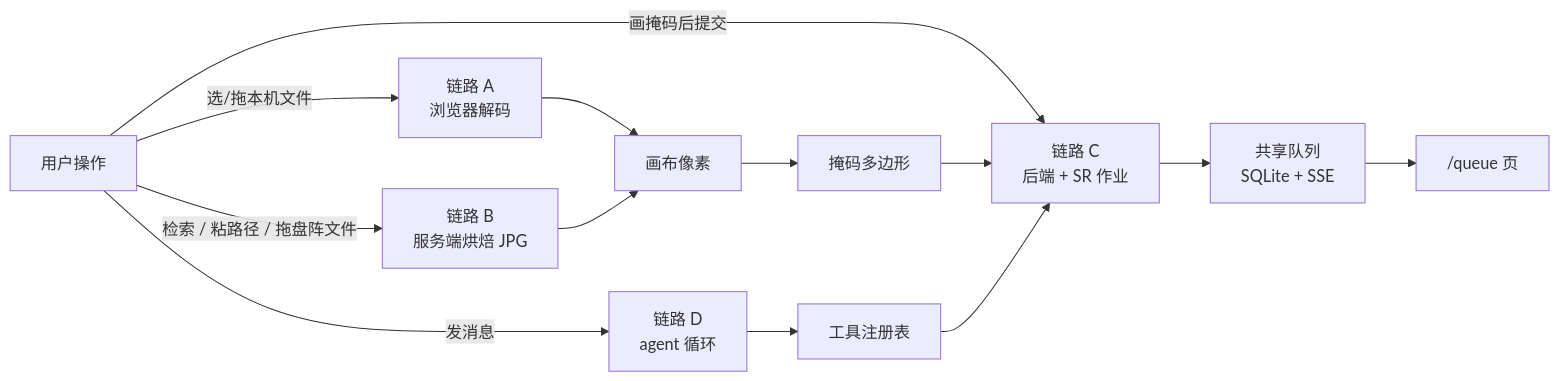
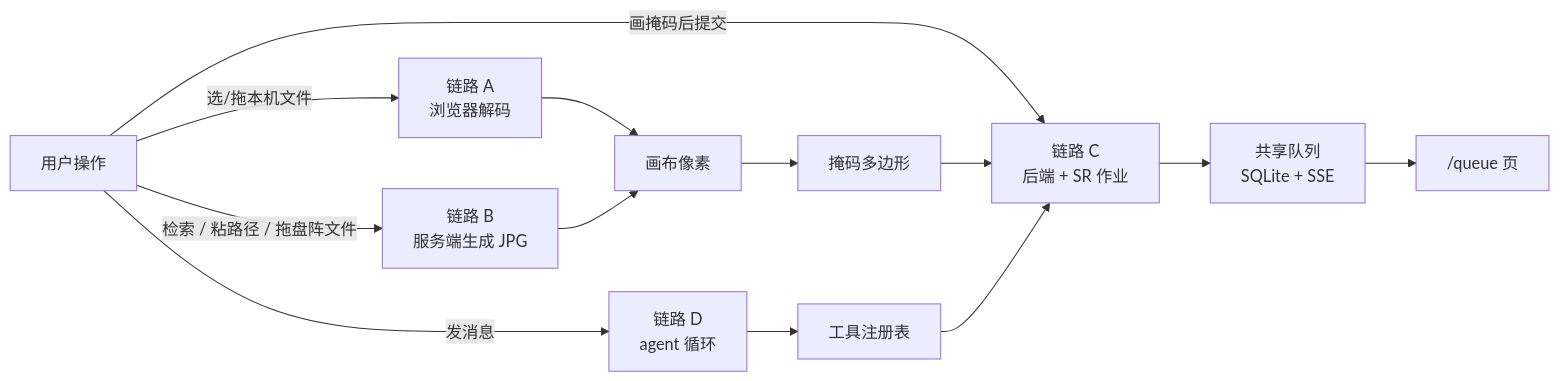
One commit to Jason001028/sr_agent_platform changed the second of 3 diagrams in docs/knowledge/io-pipeline/README.md. Above: the diagram before and after it, drawn with Mermaid. The commit also changed other lines of this file and 99 other files, not shown here.

````diff
--- a/docs/knowledge/io-pipeline/README.md
+++ b/docs/knowledge/io-pipeline/README.md
@@ -120,18 +120,18 @@
 ```mermaid
 flowchart LR
   U["用户操作"]
 
   U -->|"选/拖本机文件"| A["链路 A<br/>浏览器解码"]
-  U -->|"检索 / 粘路径 / 拖盘阵文件"| B["链路 B<br/>服务端烘焙 JPG"]
+  U -->|"检索 / 粘路径 / 拖盘阵文件"| B["链路 B<br/>服务端生成 JPG"]
   U -->|"画掩码后提交"| C["链路 C<br/>后端 + SR 作业"]
   U -->|"发消息"| D["链路 D<br/>agent 循环"]
 
   A --> PIX["画布像素"]
   B --> PIX
   PIX --> MK["掩码多边形"]
   MK --> C
   C --> Q["共享队列<br/>SQLite + SSE"]
   D --> TOOLS["工具注册表"]
   TOOLS --> C
   Q --> UI["/queue 页"]
 ```
````
